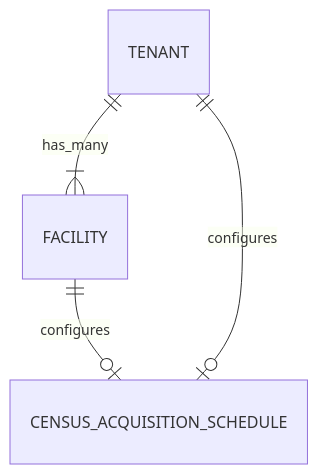
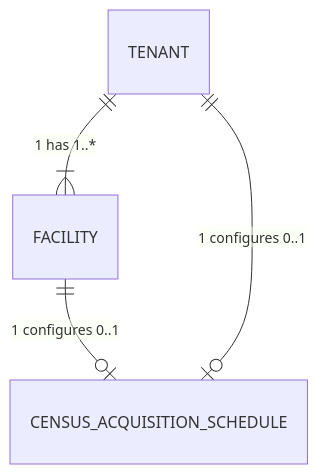
One commit to lantanagroup/link-cloud changed the fourth of 9 diagrams in docs/docs/proposals/tenant-multi-facility-proposal.mdx. Above: the diagram before and after it, drawn with Mermaid. The commit also changed other lines of this file, not shown here.

Commit message:
Updated ERD relationship labels

````diff
--- a/docs/docs/proposals/tenant-multi-facility-proposal.mdx
+++ b/docs/docs/proposals/tenant-multi-facility-proposal.mdx
@@ -183,8 +183,8 @@
 ```mermaid
 
 erDiagram
-	TENANT||--|{FACILITY:"has_many"
-	FACILITY||--o|CENSUS_ACQUISITION_SCHEDULE:"configures"
-	TENANT||--o|CENSUS_ACQUISITION_SCHEDULE:"configures"
+	TENANT||--|{FACILITY:"1 has 1..*"
+	FACILITY||--o|CENSUS_ACQUISITION_SCHEDULE:"1 configures 0..1"
+	TENANT||--o|CENSUS_ACQUISITION_SCHEDULE:"1 configures 0..1"
 
 ```
````
